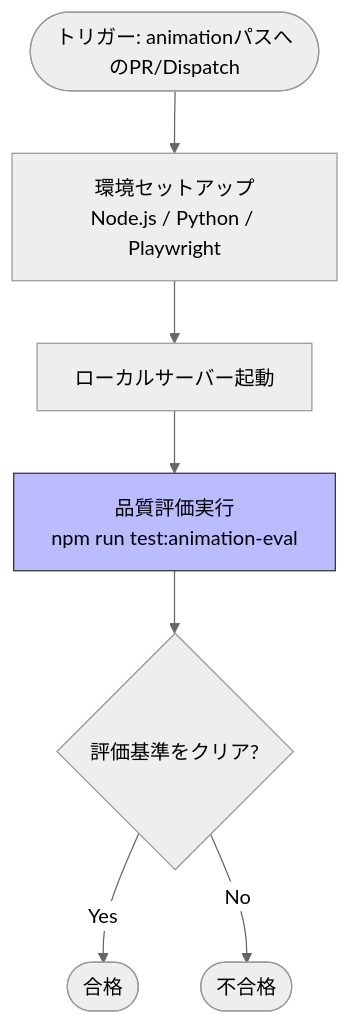
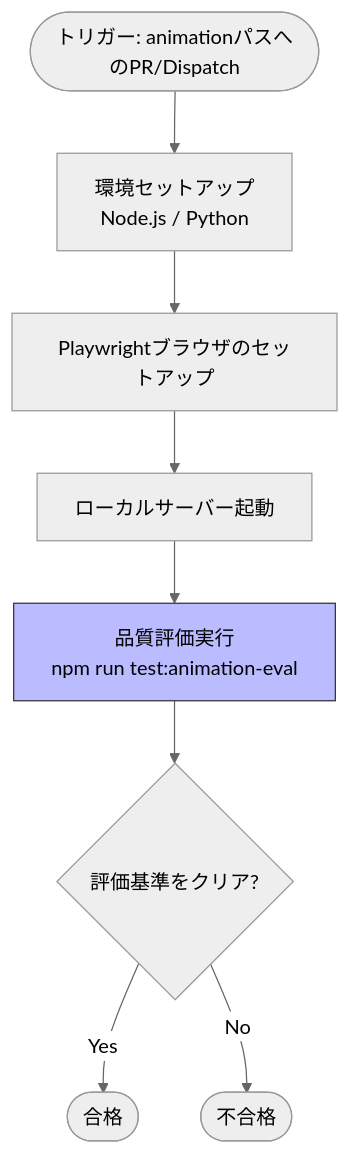
Before and after one commit to masanori-satake/QuickLog-Solo: the third of 7 diagrams in docs/README_ACTIONS.md, drawn with Mermaid (neutral theme). The commit also changed other lines of this file, not shown here.

````diff
--- a/docs/README_ACTIONS.md
+++ b/docs/README_ACTIONS.md
@@ -105,11 +105,12 @@
 ```mermaid
 graph TD
-    Start([トリガー: animationパスへのPR/Dispatch]) --> Setup[環境セットアップ<br/>Node.js / Python / Playwright]
-    Setup --> Server[ローカルサーバー起動]
+    Start([トリガー: animationパスへのPR/Dispatch]) --> Setup[環境セットアップ<br/>Node.js / Python]
+    Setup --> Playwright[Playwrightブラウザのセットアップ]
+    Playwright --> Server[ローカルサーバー起動]
     Server --> Eval[品質評価実行<br/>npm run test:animation-eval]
     Eval --> Result{評価基準をクリア?}
     Result -- Yes --> Pass([合格])
     Result -- No --> Fail([不合格])
 
     style Eval fill:#bbf,stroke:#333
 ```
````
